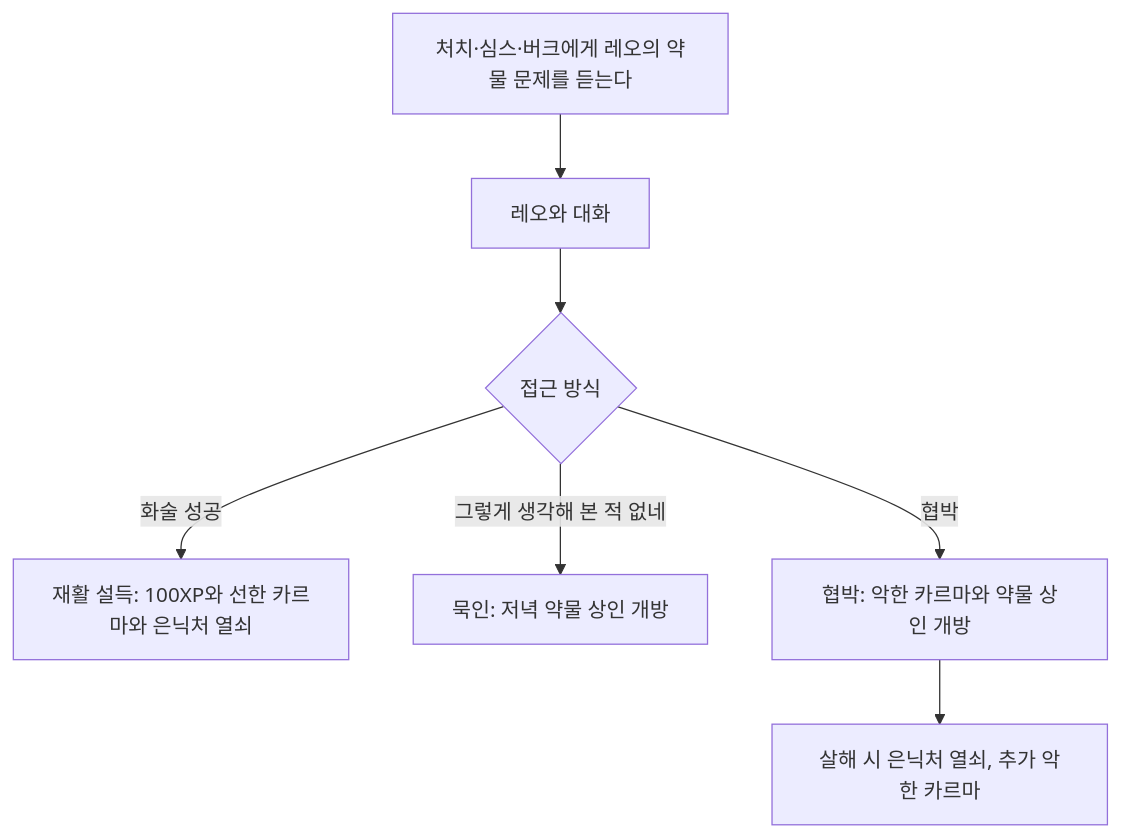
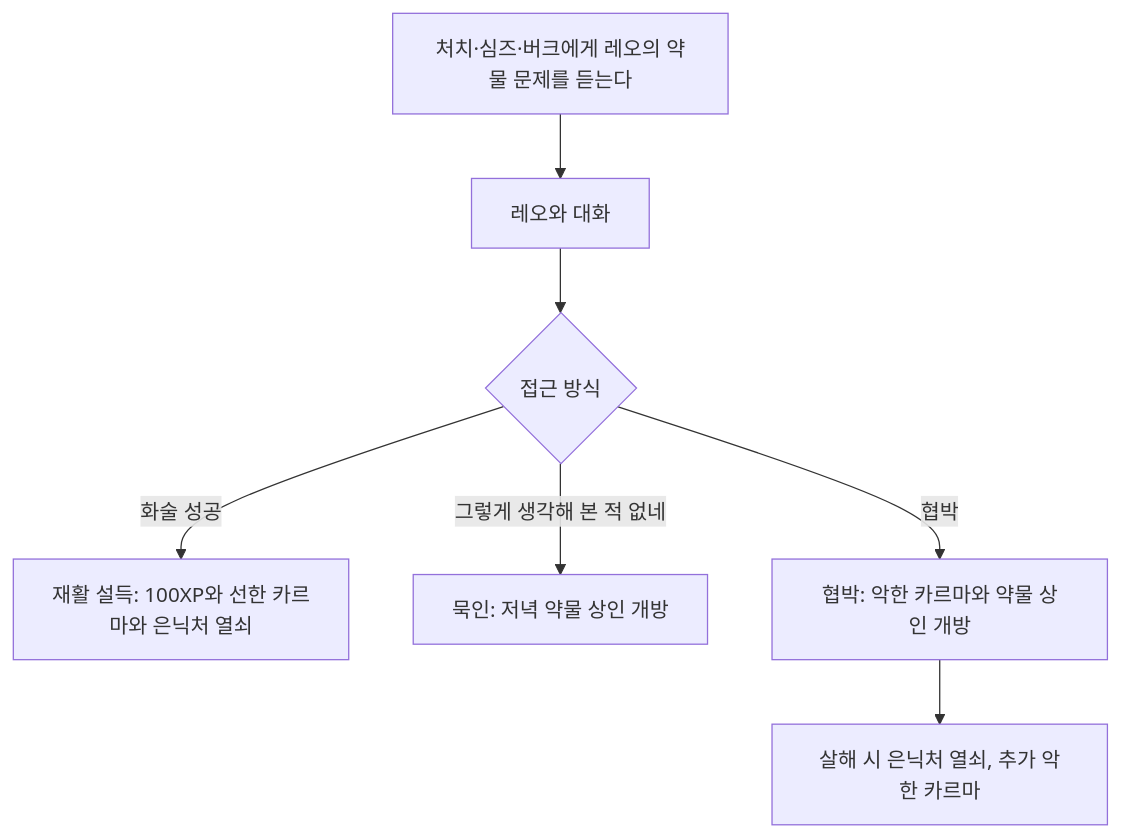
Before and after one commit to forsurvive/003: the fifth of 9 diagrams in docs/reverse-design/07_misc-quests-encounters.md, drawn with Mermaid. The commit also changed other lines of this file and 21 other files, not shown here.

````diff
--- a/docs/reverse-design/07_misc-quests-encounters.md
+++ b/docs/reverse-design/07_misc-quests-encounters.md
@@ -780,9 +781,9 @@
 ```mermaid
 flowchart TD
-    A["처치·심스·버크에게 레오의 약물 문제를 듣는다"] --> B["레오와 대화"]
+    A["처치·심즈·버크에게 레오의 약물 문제를 듣는다"] --> B["레오와 대화"]
     B --> C{"접근 방식"}
     C -->|화술 성공| D["재활 설득: 100XP와 선한 카르마와 은닉처 열쇠"]
     C -->|그렇게 생각해 본 적 없네| E["묵인: 저녁 약물 상인 개방"]
     C -->|협박| F["협박: 악한 카르마와 약물 상인 개방"]
     F --> G["살해 시 은닉처 열쇠, 추가 악한 카르마"]
 ```
````
